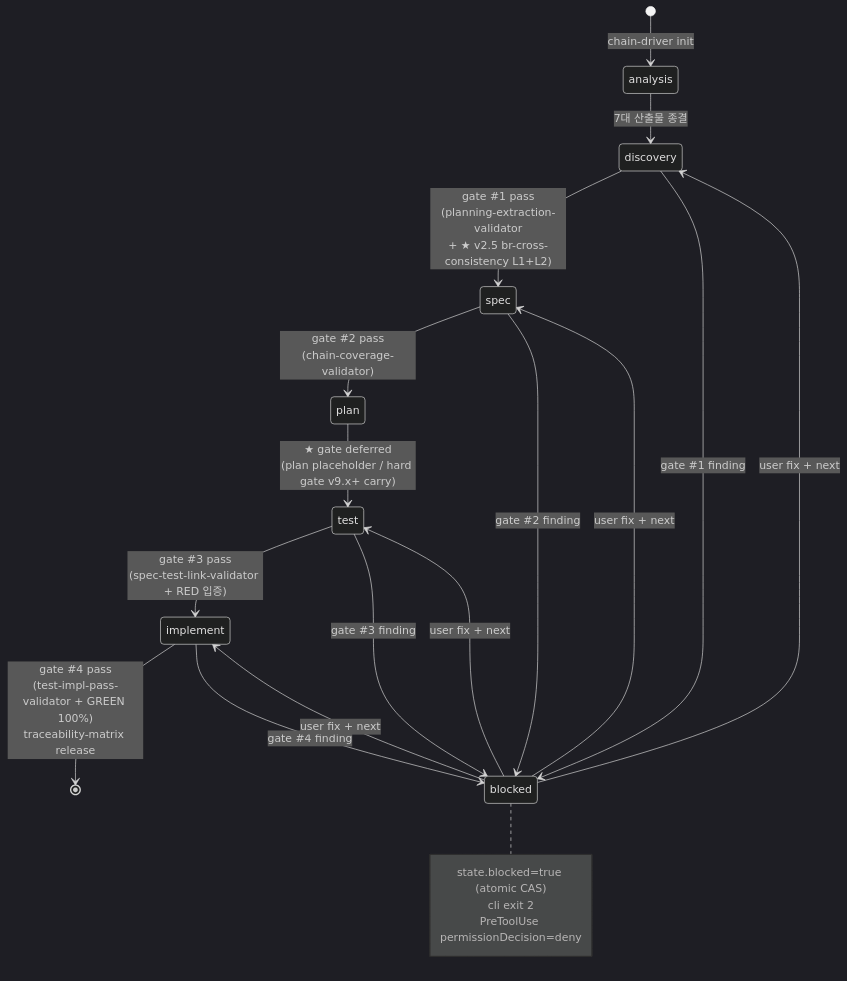
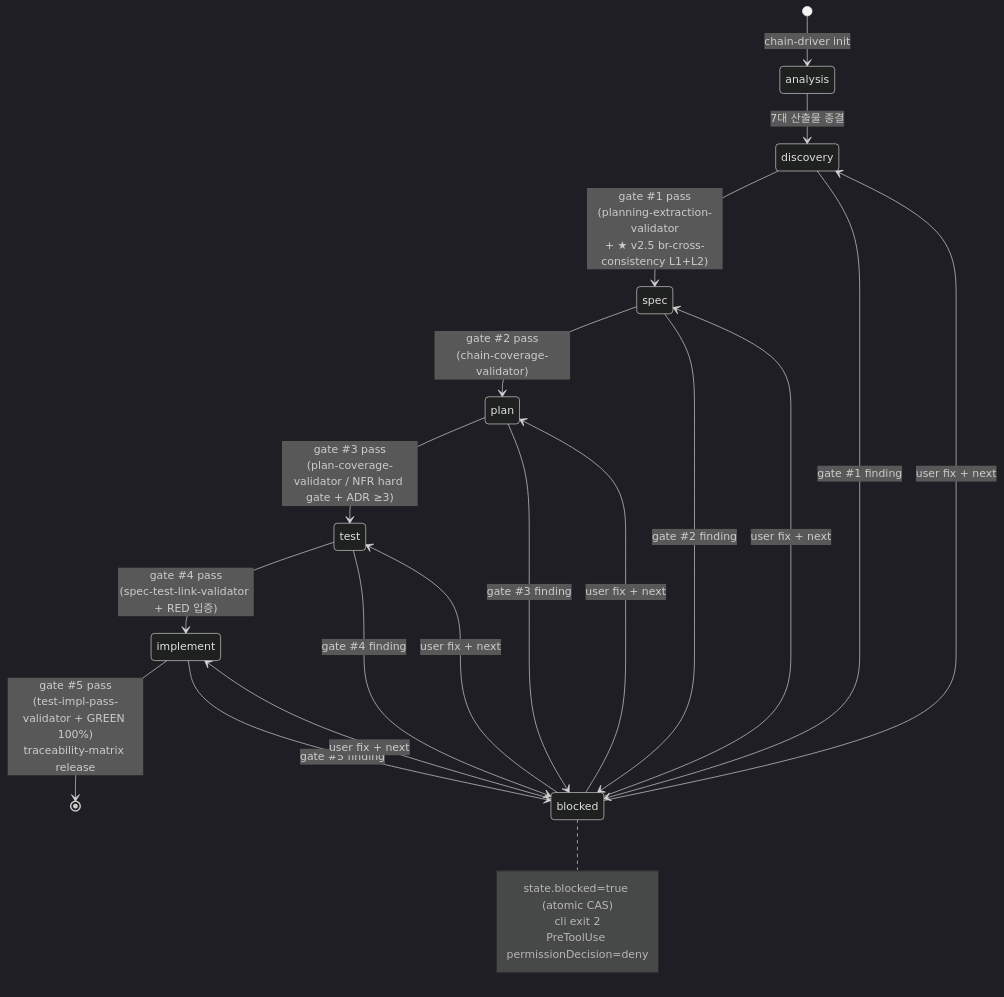
One commit to rageboom/ai-native-methodology changed the first of 2 diagrams in ai-native-methodology/guides/chain-harness-guide.md. Above: the diagram before and after it, drawn with Mermaid (dark theme). The commit also changed other lines of this file and 28 other files, not shown here.

First line of the commit message:
release(v10.0.2): PATCH — v10.0.0 gate 재번호 prose+flow coherence (이전 session WIP 통합 + prose 전면 정합)

````diff
--- a/ai-native-methodology/guides/chain-harness-guide.md
+++ b/ai-native-methodology/guides/chain-harness-guide.md
@@ -90,26 +90,28 @@
 ```mermaid
 stateDiagram-v2
     [*] --> analysis: chain-driver init
     analysis --> discovery: 7대 산출물 종결
     discovery --> spec: gate #1 pass<br/>(planning-extraction-validator<br/>+ ★ v2.5 br-cross-consistency L1+L2)
     spec --> plan: gate #2 pass<br/>(chain-coverage-validator)
-    plan --> test: ★ gate deferred<br/>(plan placeholder / hard gate v9.x+ carry)
-    test --> implement: gate #3 pass<br/>(spec-test-link-validator + RED 입증)
-    implement --> [*]: gate #4 pass<br/>(test-impl-pass-validator + GREEN 100%)<br/>traceability-matrix release
+    plan --> test: gate #3 pass<br/>(plan-coverage-validator / NFR hard gate + ADR ≥3)
+    test --> implement: gate #4 pass<br/>(spec-test-link-validator + RED 입증)
+    implement --> [*]: gate #5 pass<br/>(test-impl-pass-validator + GREEN 100%)<br/>traceability-matrix release
 
     discovery --> blocked: gate #1 finding
     spec --> blocked: gate #2 finding
-    test --> blocked: gate #3 finding
-    implement --> blocked: gate #4 finding
+    plan --> blocked: gate #3 finding
+    test --> blocked: gate #4 finding
+    implement --> blocked: gate #5 finding
 
     blocked --> discovery: user fix + next
     blocked --> spec: user fix + next
+    blocked --> plan: user fix + next
     blocked --> test: user fix + next
     blocked --> implement: user fix + next
 
     note right of blocked
         state.blocked=true (atomic CAS)
         cli exit 2
         PreToolUse permissionDecision=deny
     end note
 ```
````
